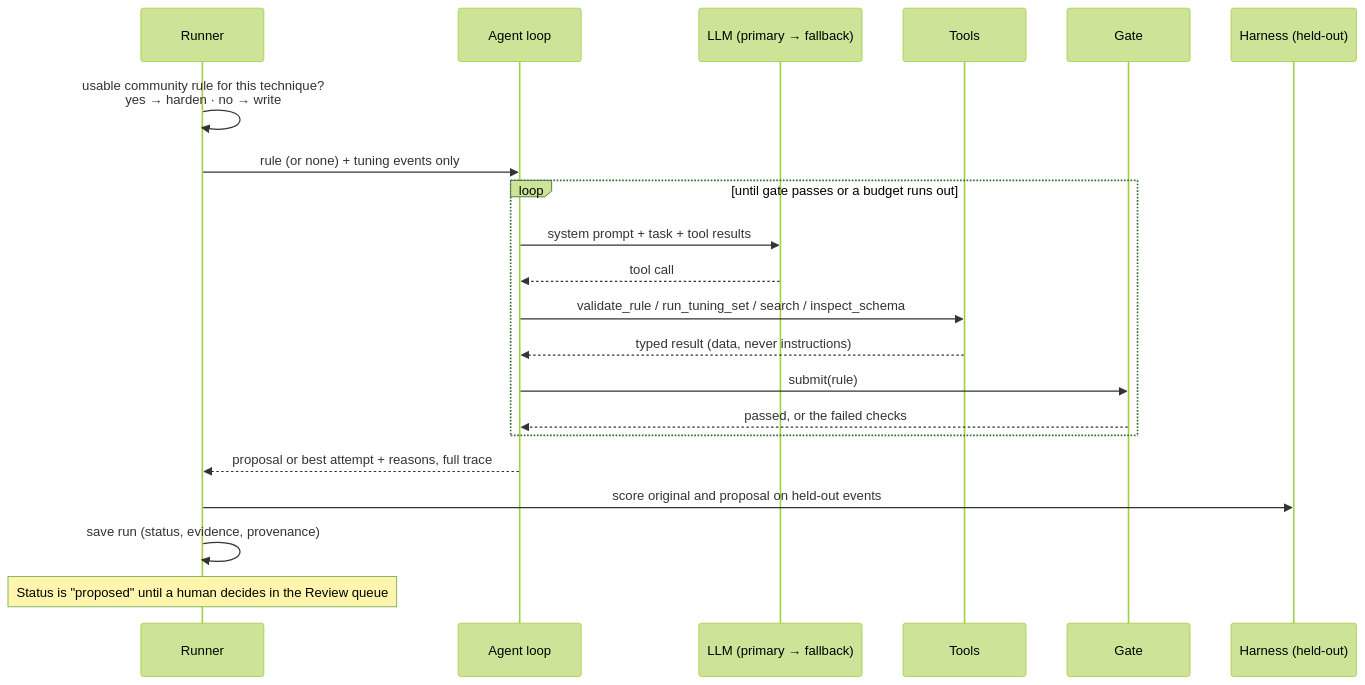
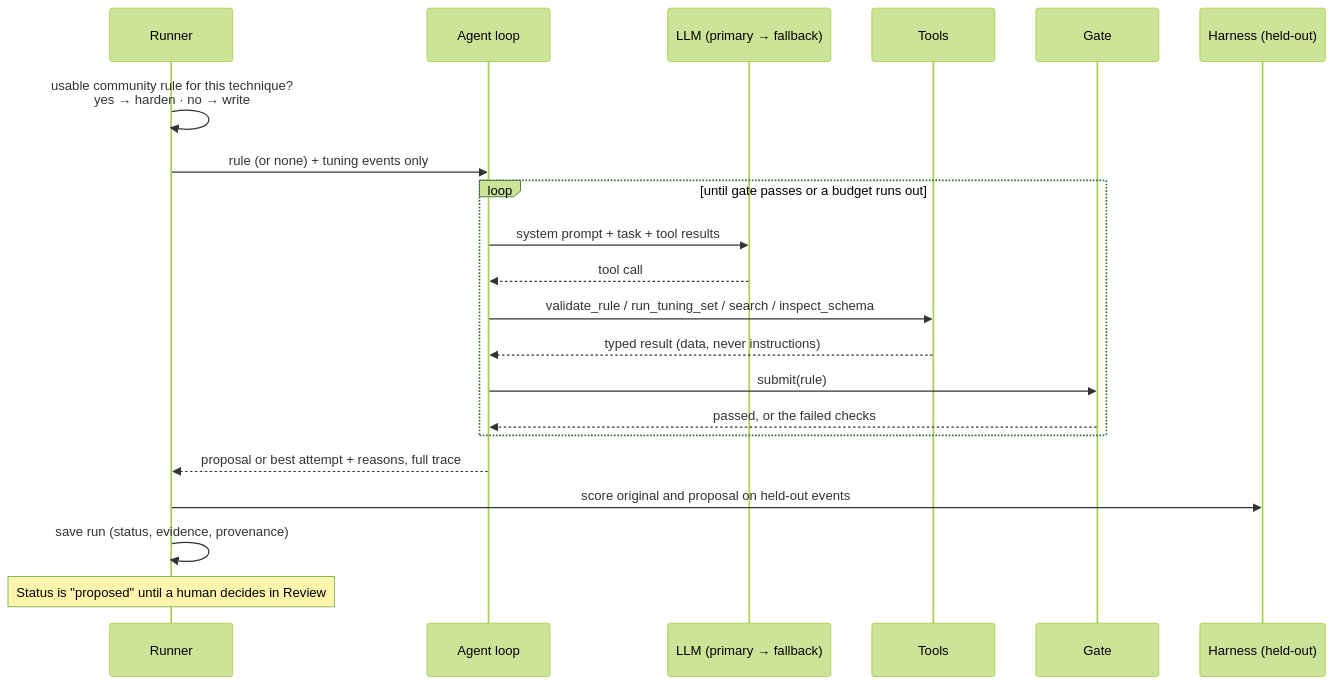
Before and after one commit to lauremhsn/detectforge: the second of 2 diagrams in docs/architecture.md, drawn with Mermaid (forest theme). The commit also changed other lines of this file and 13 other files, not shown here.

````diff
--- a/docs/architecture.md
+++ b/docs/architecture.md
@@ -94,24 +94,24 @@
 ```mermaid
 sequenceDiagram
     participant R as Runner
     participant L as Agent loop
     participant M as LLM (primary → fallback)
     participant T as Tools
     participant G as Gate
     participant H as Harness (held-out)
 
     R->>R: usable community rule for this technique?<br/>yes → harden · no → write
     R->>L: rule (or none) + tuning events only
     loop until gate passes or a budget runs out
         L->>M: system prompt + task + tool results
         M-->>L: tool call
         L->>T: validate_rule / run_tuning_set / search / inspect_schema
         T-->>L: typed result (data, never instructions)
         L->>G: submit(rule)
         G-->>L: passed, or the failed checks
     end
     L-->>R: proposal or best attempt + reasons, full trace
     R->>H: score original and proposal on held-out events
     R->>R: save run (status, evidence, provenance)
-    Note over R: Status is "proposed" until a human decides in the Review queue
+    Note over R: Status is "proposed" until a human decides in Review
 ```
````
